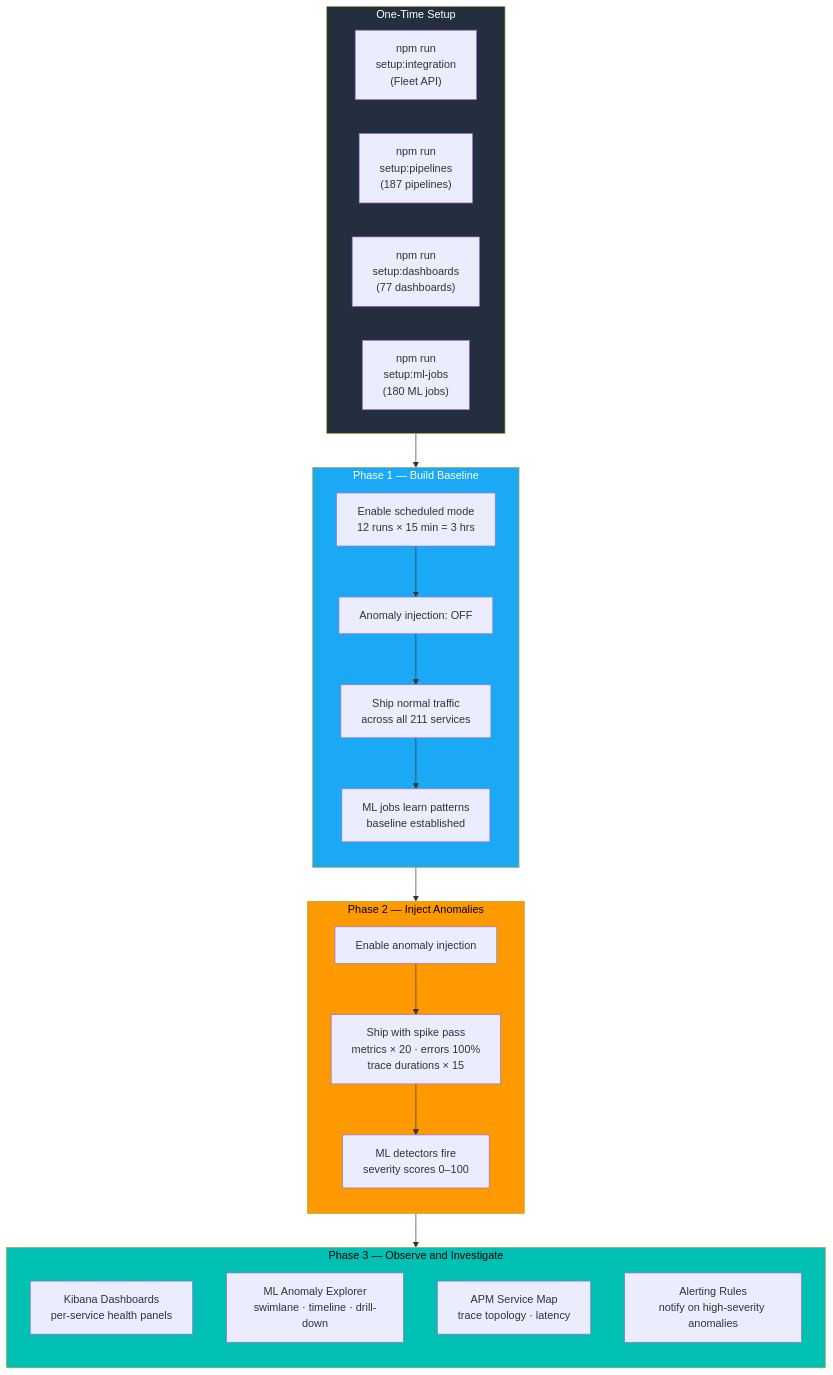
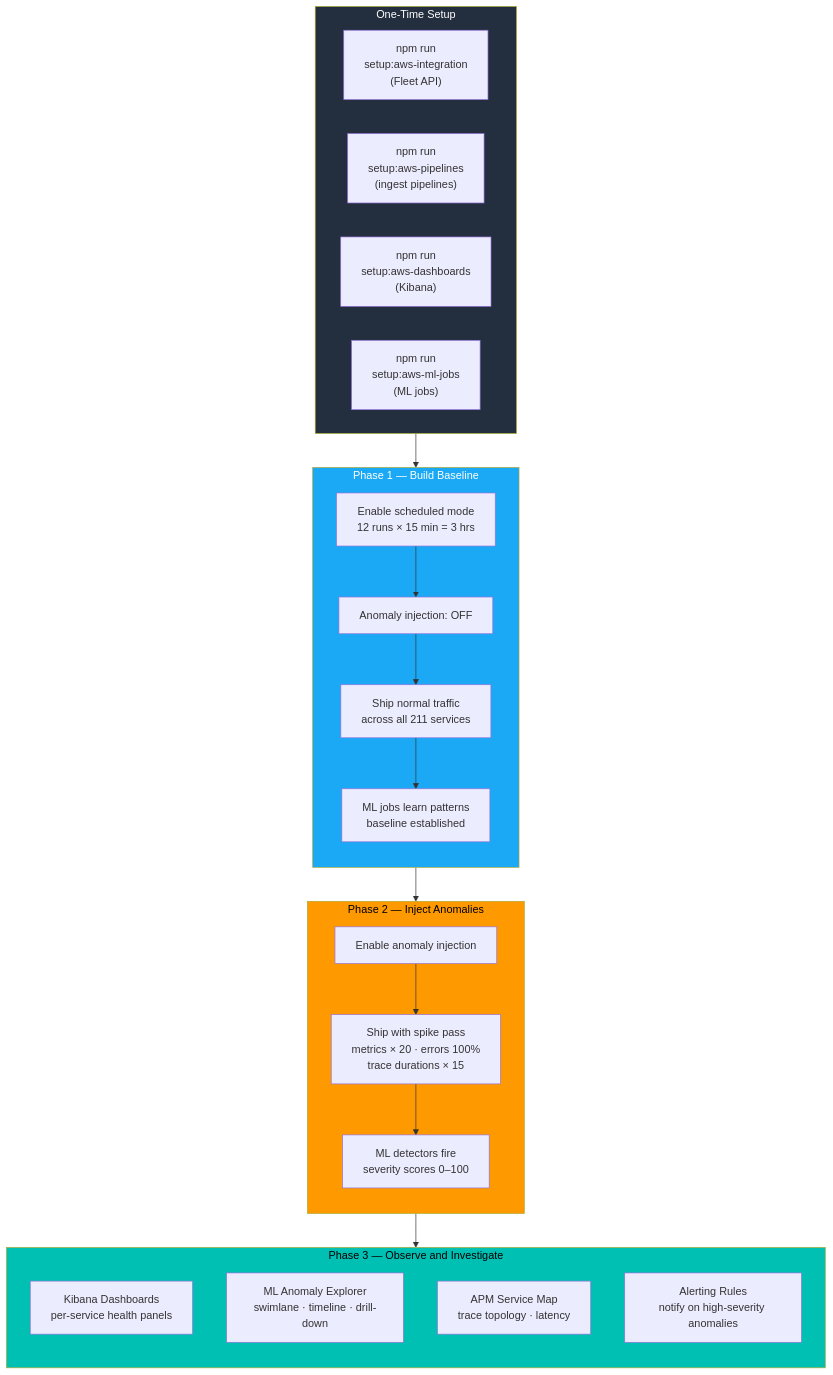
One commit to rkernutt/cloud-to-elastic-load-generator changed diagram 14 of 14 in docs/diagrams.md. Above: the diagram before and after it, drawn with Mermaid. The commit also changed other lines of this file and 6279 other files, not shown here.

````diff
--- a/docs/diagrams.md
+++ b/docs/diagrams.md
@@ -814,46 +814,46 @@
 ```mermaid
 flowchart TD
     subgraph SETUP["One-Time Setup"]
         direction LR
-        I1["npm run\nsetup:integration\n(Fleet API)"]
-        I2["npm run\nsetup:pipelines\n(187 pipelines)"]
-        I3["npm run\nsetup:dashboards\n(77 dashboards)"]
-        I4["npm run\nsetup:ml-jobs\n(180 ML jobs)"]
+        I1["npm run\nsetup:aws-integration\n(Fleet API)"]
+        I2["npm run\nsetup:aws-pipelines\n(ingest pipelines)"]
+        I3["npm run\nsetup:aws-dashboards\n(Kibana)"]
+        I4["npm run\nsetup:aws-ml-jobs\n(ML jobs)"]
     end
 
     SETUP --> BASELINE
 
     subgraph BASELINE["Phase 1 — Build Baseline"]
         direction TB
         B1["Enable scheduled mode\n12 runs × 15 min = 3 hrs"]
         B2["Anomaly injection: OFF"]
         B3["Ship normal traffic\nacross all 211 services"]
         B4["ML jobs learn patterns\nbaseline established"]
         B1 --> B2 --> B3 --> B4
     end
 
     BASELINE --> SPIKE
 
     subgraph SPIKE["Phase 2 — Inject Anomalies"]
         direction TB
         SP1["Enable anomaly injection"]
         SP2["Ship with spike pass\nmetrics × 20 · errors 100%\ntrace durations × 15"]
         SP3["ML detectors fire\nseverity scores 0–100"]
         SP1 --> SP2 --> SP3
     end
 
     SPIKE --> OBSERVE
 
     subgraph OBSERVE["Phase 3 — Observe and Investigate"]
         direction TB
         O1["Kibana Dashboards\nper-service health panels"]
         O2["ML Anomaly Explorer\nswimlane · timeline · drill-down"]
         O3["APM Service Map\ntrace topology · latency"]
         O4["Alerting Rules\nnotify on high-severity anomalies"]
     end
 
     style SETUP fill:#232F3E,color:#fff
     style BASELINE fill:#1BA9F5,color:#fff
     style SPIKE fill:#FF9900,color:#000
     style OBSERVE fill:#00BFB3,color:#000
 ```
````
